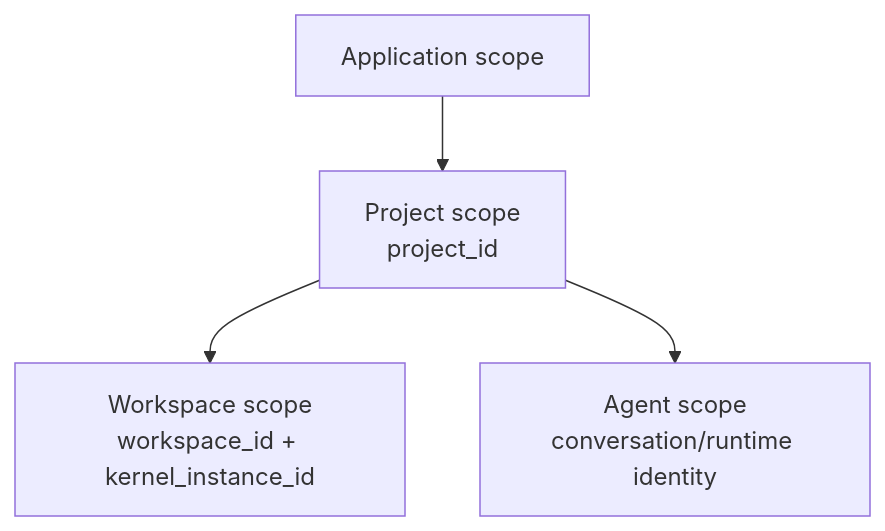
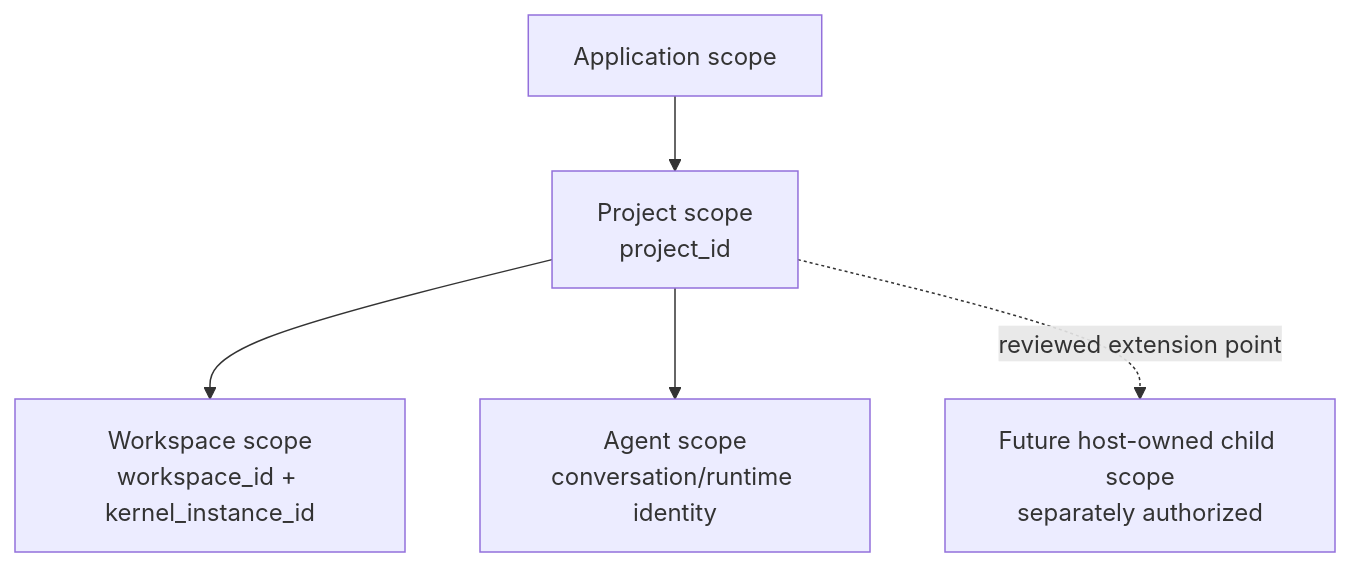
One commit to YuLab-SMU/Rho changed the second of 3 diagrams in docs/design/proposed-2026-08-14-plugin-runtime-phase-1-internal-plugins-design.md. Above: the diagram before and after it, drawn with Mermaid. The commit also changed other lines of this file, not shown here.

Commit message:
docs: make plugin runtime the host lifecycle foundation

````diff
--- a/docs/design/proposed-2026-08-14-plugin-runtime-phase-1-internal-plugins-design.md
+++ b/docs/design/proposed-2026-08-14-plugin-runtime-phase-1-internal-plugins-design.md
@@ -435,11 +502,13 @@
 ```mermaid
 flowchart TB
     APP["Application scope"]
     PROJECT["Project scope\nproject_id"]
     WORKSPACE["Workspace scope\nworkspace_id + kernel_instance_id"]
     AGENT["Agent scope\nconversation/runtime identity"]
+    FUTURE["Future host-owned child scope\nseparately authorized"]
 
     APP --> PROJECT
     PROJECT --> WORKSPACE
     PROJECT --> AGENT
+    PROJECT -. reviewed extension point .-> FUTURE
 ```
````
